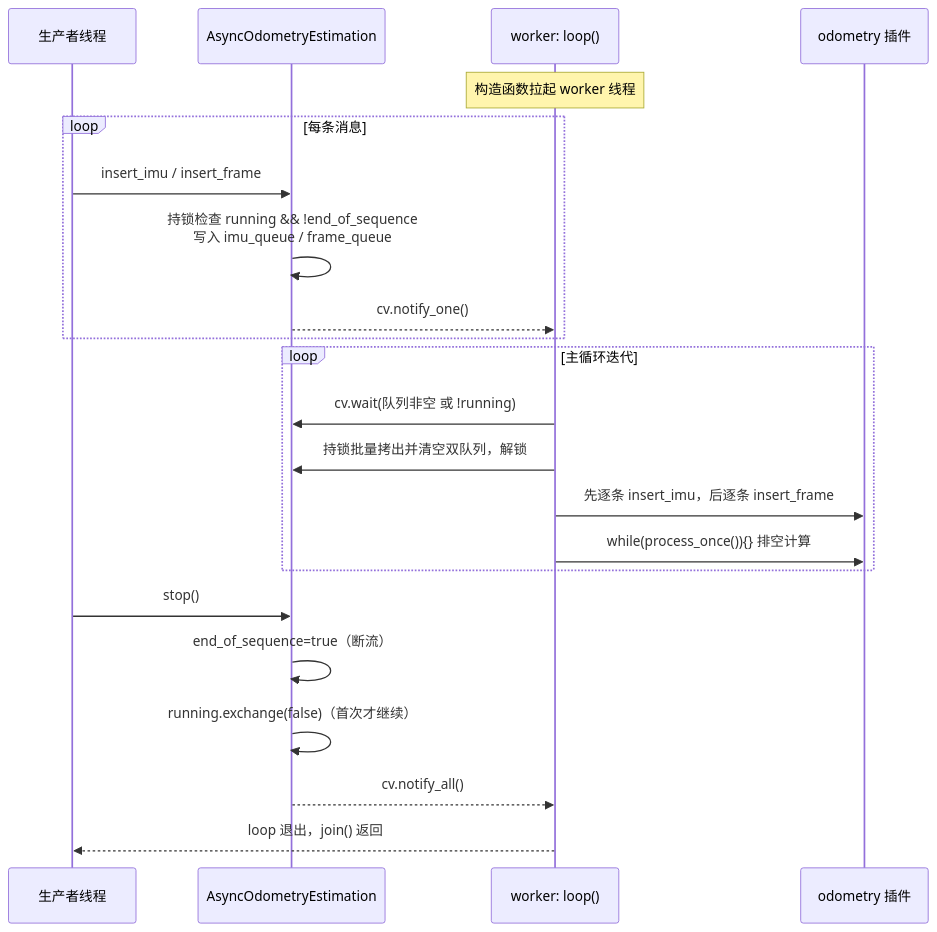
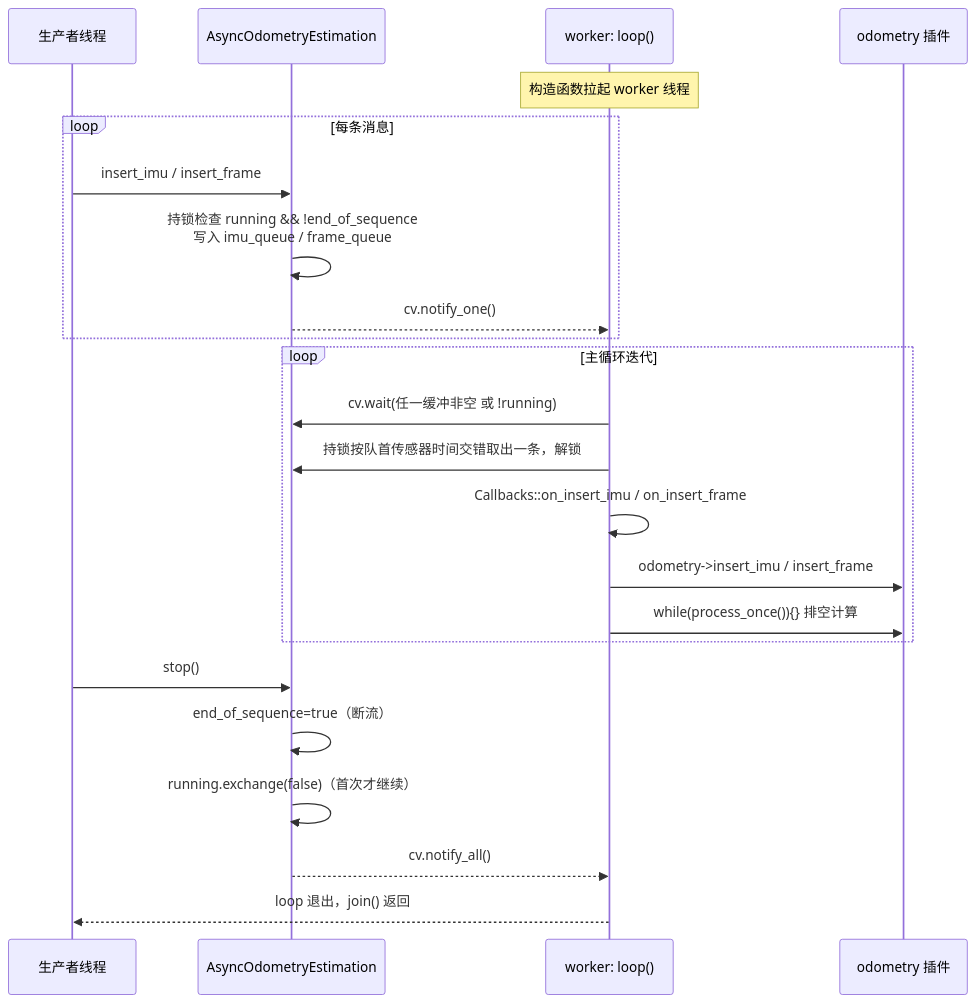
Before and after one commit to AphroraC/asuka: the diagram in docs/wiki/core/02.md, drawn with Mermaid. The commit also changed other lines of this file and 30 other files, not shown here.

````diff
--- a/docs/wiki/core/02.md
+++ b/docs/wiki/core/02.md
@@ -64,25 +66,26 @@
 ```mermaid
 sequenceDiagram
     participant P as 生产者线程
     participant E as AsyncOdometryEstimation
     participant W as worker: loop()
     participant O as odometry 插件
 
     Note over W: 构造函数拉起 worker 线程
     loop 每条消息
         P->>E: insert_imu / insert_frame
         E->>E: 持锁检查 running && !end_of_sequence<br/>写入 imu_queue / frame_queue
         E-->>W: cv.notify_one()
     end
     loop 主循环迭代
-        W->>E: cv.wait(队列非空 或 !running)
-        W->>E: 持锁批量拷出并清空双队列，解锁
-        W->>O: 先逐条 insert_imu，后逐条 insert_frame
+        W->>E: cv.wait(任一缓冲非空 或 !running)
+        W->>E: 持锁按队首传感器时间交错取出一条，解锁
+        W->>W: Callbacks::on_insert_imu / on_insert_frame
+        W->>O: odometry->insert_imu / insert_frame
         W->>O: while(process_once()){} 排空计算
     end
     P->>E: stop()
     E->>E: end_of_sequence=true（断流）
     E->>E: running.exchange(false)（首次才继续）
     E-->>W: cv.notify_all()
     W-->>P: loop 退出，join() 返回
 ```
````
